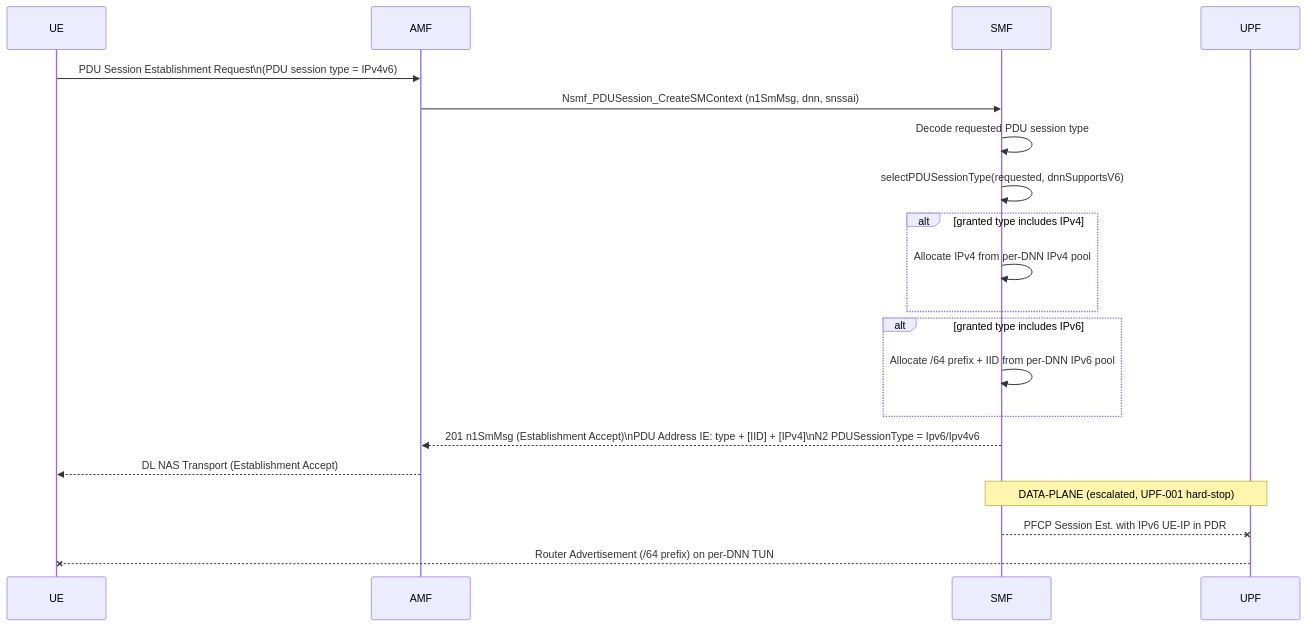
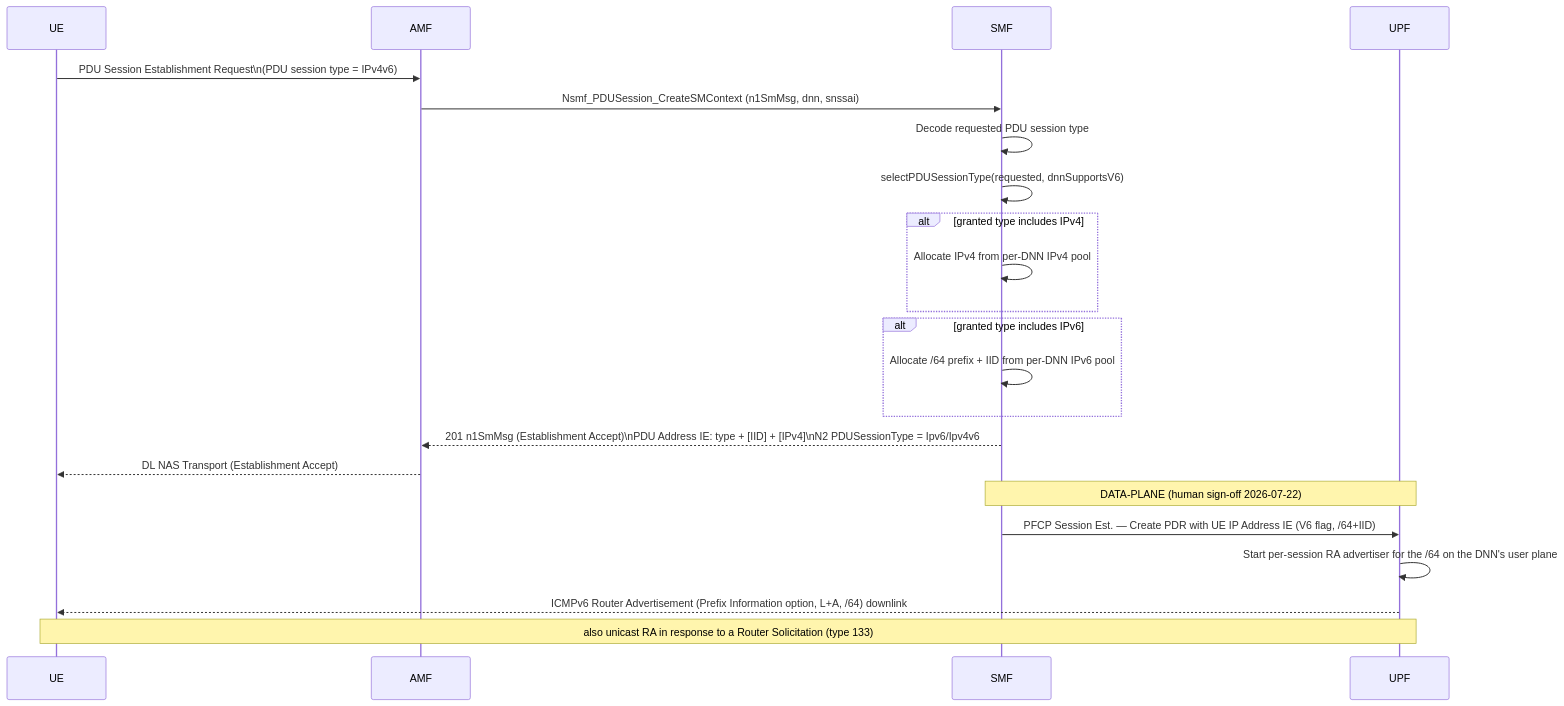
One commit to francurieses/claudia-5gc changed the diagram in docs/procedures/ipv6-prefix-delegation.md. Above: the diagram before and after it, drawn with Mermaid. The commit also changed other lines of this file and 175 other files, not shown here.

````diff
--- a/docs/procedures/ipv6-prefix-delegation.md
+++ b/docs/procedures/ipv6-prefix-delegation.md
@@ -43,24 +43,26 @@
 ```mermaid
 sequenceDiagram
     participant UE
     participant AMF
     participant SMF
     participant UPF
 
     UE->>AMF: PDU Session Establishment Request\n(PDU session type = IPv4v6)
     AMF->>SMF: Nsmf_PDUSession_CreateSMContext (n1SmMsg, dnn, snssai)
     SMF->>SMF: Decode requested PDU session type
     SMF->>SMF: selectPDUSessionType(requested, dnnSupportsV6)
     alt granted type includes IPv4
         SMF->>SMF: Allocate IPv4 from per-DNN IPv4 pool
     end
     alt granted type includes IPv6
         SMF->>SMF: Allocate /64 prefix + IID from per-DNN IPv6 pool
     end
     SMF-->>AMF: 201 n1SmMsg (Establishment Accept)\nPDU Address IE: type + [IID] + [IPv4]\nN2 PDUSessionType = Ipv6/Ipv4v6
     AMF-->>UE: DL NAS Transport (Establishment Accept)
 
-    Note over SMF,UPF: DATA-PLANE (escalated, UPF-001 hard-stop)
-    SMF--xUPF: PFCP Session Est. with IPv6 UE-IP in PDR
-    UPF--xUE: Router Advertisement (/64 prefix) on per-DNN TUN
+    Note over SMF,UPF: DATA-PLANE (human sign-off 2026-07-22)
+    SMF->>UPF: PFCP Session Est. — Create PDR with UE IP Address IE (V6 flag, /64+IID)
+    UPF->>UPF: Start per-session RA advertiser for the /64 on the DNN's user plane
+    UPF-->>UE: ICMPv6 Router Advertisement (Prefix Information option, L+A, /64) downlink
+    Note over UPF,UE: also unicast RA in response to a Router Solicitation (type 133)
 ```
````
